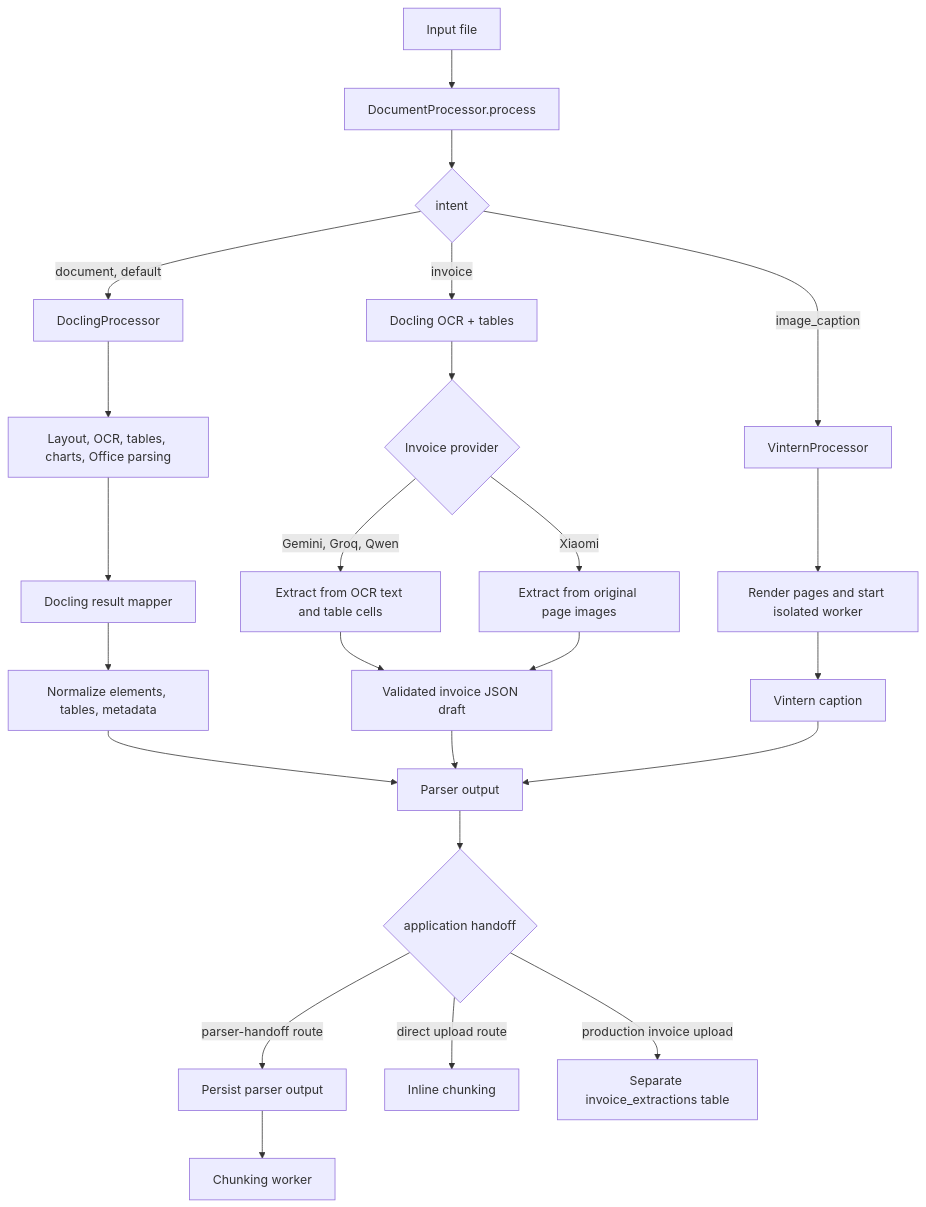
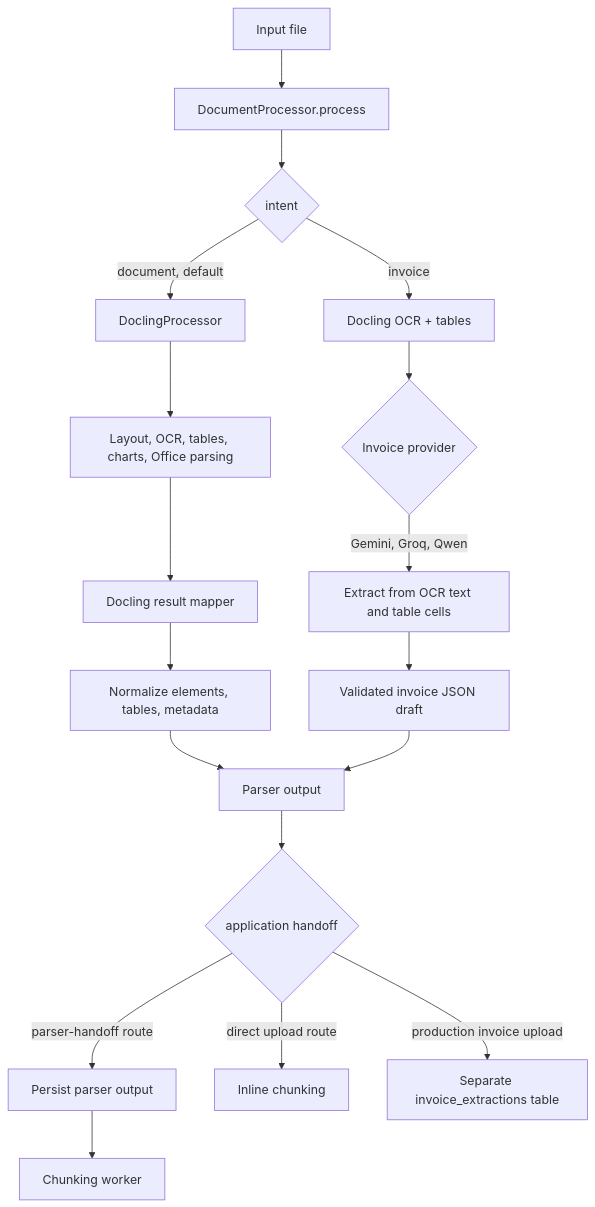
The diagram in src/document_processing/docs/architecture.md (Lenhan231/enterprise-knowledge-ai-agent), drawn with Mermaid before and after one commit. The commit also changed other lines of this file and 31 other files, not shown here.

````diff
--- a/src/document_processing/docs/architecture.md
+++ b/src/document_processing/docs/architecture.md
@@ -9,26 +9,20 @@
 ```mermaid
 flowchart TD
     A[Input file] --> B[DocumentProcessor.process]
     B --> C{intent}
     C -->|document, default| D[DoclingProcessor]
     D --> E[Layout, OCR, tables, charts, Office parsing]
     E --> F[Docling result mapper]
     F --> G[Normalize elements, tables, metadata]
     C -->|invoice| H[Docling OCR + tables]
     H --> I{Invoice provider}
     I -->|Gemini, Groq, Qwen| J[Extract from OCR text and table cells]
-    I -->|Xiaomi| Y[Extract from original page images]
     J --> K[Validated invoice JSON draft]
-    Y --> K
-    C -->|image_caption| V[VinternProcessor]
-    V --> W[Render pages and start isolated worker]
-    W --> X[Vintern caption]
     G --> L[Parser output]
     K --> L
-    X --> L
     L --> M{application handoff}
     M -->|parser-handoff route| N[Persist parser output]
     N --> O[Chunking worker]
     M -->|direct upload route| P[Inline chunking]
     M -->|production invoice upload| Q[Separate invoice_extractions table]
 ```
````
